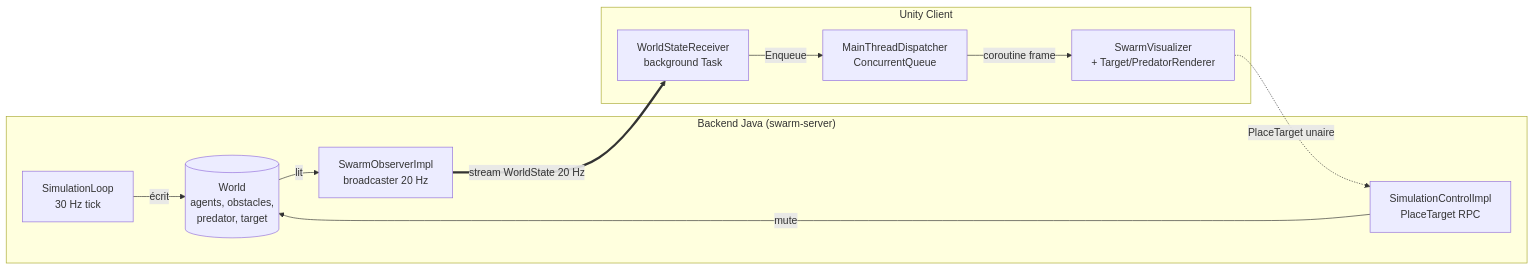
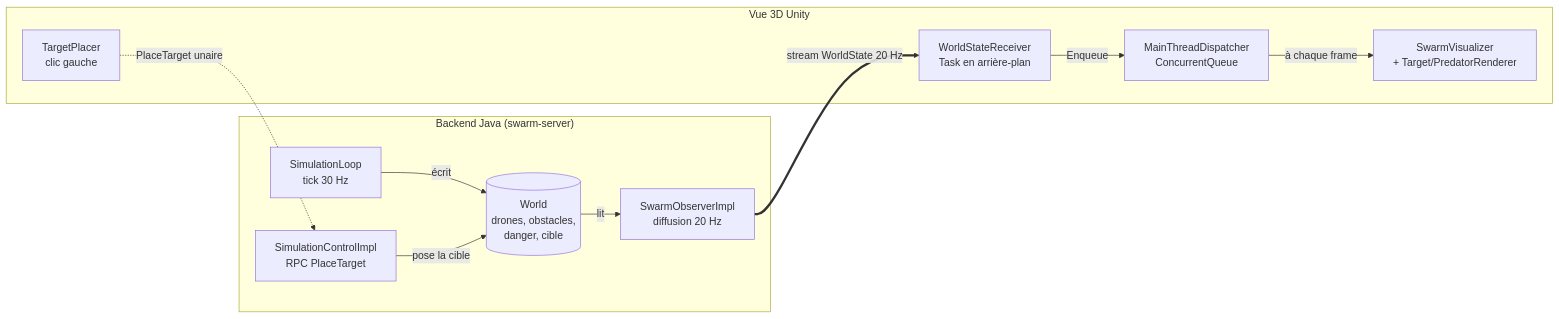
The first of 4 diagrams in docs/architecture.fr.md (gakkel-labs/swarm-simulator), drawn with Mermaid before and after one commit. The commit also changed other lines of this file and 8 other files, not shown here.

Commit message:
docs: align architecture, Boids rules, gRPC contract and Unity guide with the code (#149)

````diff
--- a/docs/architecture.fr.md
+++ b/docs/architecture.fr.md
@@ -16,23 +18,24 @@
 ```mermaid
 flowchart LR
     subgraph Backend["Backend Java (swarm-server)"]
-        SIM[SimulationLoop<br/>30 Hz tick]
-        WORLD[(World<br/>agents, obstacles,<br/>predator, target)]
-        BCAST[SwarmObserverImpl<br/>broadcaster 20 Hz]
-        CTRL[SimulationControlImpl<br/>PlaceTarget RPC]
+        SIM[SimulationLoop<br/>tick 30 Hz]
+        WORLD[(World<br/>drones, obstacles,<br/>danger, cible)]
+        BCAST[SwarmObserverImpl<br/>diffusion 20 Hz]
+        CTRL[SimulationControlImpl<br/>RPC PlaceTarget]
         SIM -->|écrit| WORLD
         WORLD -->|lit| BCAST
-        CTRL -->|mute| WORLD
+        CTRL -->|pose la cible| WORLD
     end
 
-    subgraph Unity["Unity Client"]
-        RECV[WorldStateReceiver<br/>background Task]
+    subgraph Unity["Vue 3D Unity"]
+        RECV[WorldStateReceiver<br/>Task en arrière-plan]
         DISP[MainThreadDispatcher<br/>ConcurrentQueue]
         VIZ[SwarmVisualizer<br/>+ Target/PredatorRenderer]
+        PLACE[TargetPlacer<br/>clic gauche]
         RECV -->|Enqueue| DISP
-        DISP -->|coroutine frame| VIZ
+        DISP -->|à chaque frame| VIZ
     end
 
     BCAST ==>|stream WorldState 20 Hz| RECV
-    VIZ -.->|PlaceTarget unaire| CTRL
+    PLACE -.->|PlaceTarget unaire| CTRL
 ```
````
